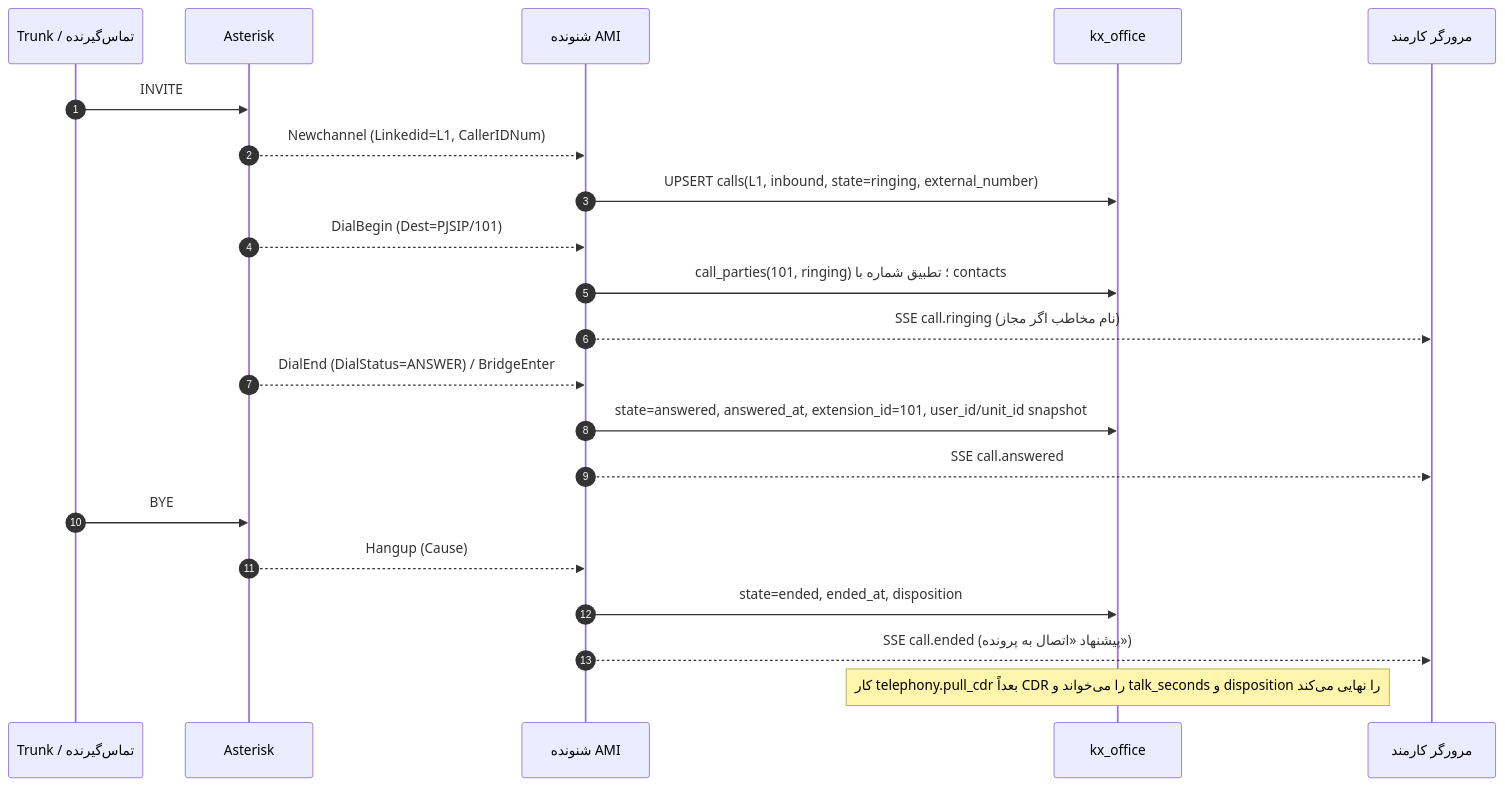
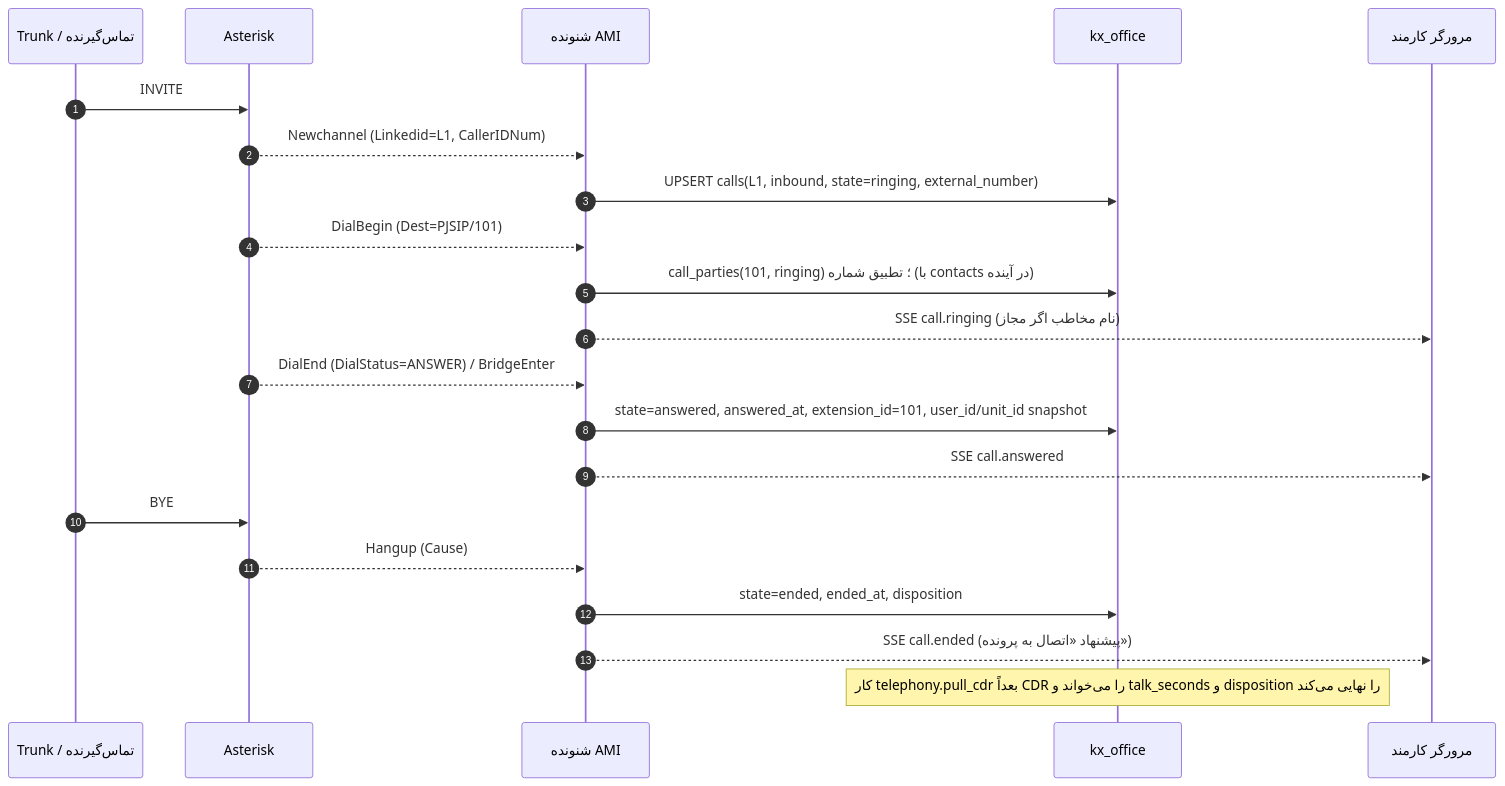
Before and after one commit to ardeshirazimi2000-design/kx21: the first of 2 diagrams in docs/architecture/telephony/call-lifecycle.md, drawn with Mermaid. The commit also changed other lines of this file and 8 other files, not shown here.

````diff
--- a/docs/architecture/telephony/call-lifecycle.md
+++ b/docs/architecture/telephony/call-lifecycle.md
@@ -24,23 +24,23 @@
 ```mermaid
 sequenceDiagram
   autonumber
   participant T as Trunk / تماس‌گیرنده
   participant PBX as Asterisk
   participant L as شنونده AMI
   participant DB as kx_office
   participant UI as مرورگر کارمند
   T->>PBX: INVITE
   PBX-->>L: Newchannel (Linkedid=L1, CallerIDNum)
   L->>DB: UPSERT calls(L1, inbound, state=ringing, external_number)
   PBX-->>L: DialBegin (Dest=PJSIP/101)
-  L->>DB: call_parties(101, ringing) ؛ تطبیق شماره با contacts
+  L->>DB: call_parties(101, ringing) ؛ تطبیق شماره (با contacts در آینده)
   L-->>UI: SSE call.ringing (نام مخاطب اگر مجاز)
   PBX-->>L: DialEnd (DialStatus=ANSWER) / BridgeEnter
   L->>DB: state=answered, answered_at, extension_id=101, user_id/unit_id snapshot
   L-->>UI: SSE call.answered
   T->>PBX: BYE
   PBX-->>L: Hangup (Cause)
   L->>DB: state=ended, ended_at, disposition
   L-->>UI: SSE call.ended (پیشنهاد «اتصال به پرونده»)
   Note over DB: کار telephony.pull_cdr بعداً CDR را می‌خواند و talk_seconds و disposition را نهایی می‌کند
 ```
````
